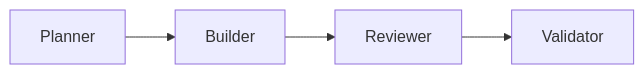
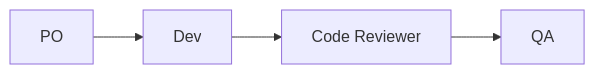
One commit to eckelt/blog changed the diagram in src/content/blog/2026-06-30-Software-Factory-Benchmark-1.md. Above: the diagram before and after it, drawn with Mermaid.

Commit message:
update mermaid to match content

````diff
--- a/src/content/blog/2026-06-30-Software-Factory-Benchmark-1.md
+++ b/src/content/blog/2026-06-30-Software-Factory-Benchmark-1.md
@@ -28,4 +28,4 @@
 ```mermaid
 flowchart LR
-    Planner --> Builder --> Reviewer --> Validator
+    PO --> Dev --> Reviewer[Code Reviewer] --> QA
 ```
````
